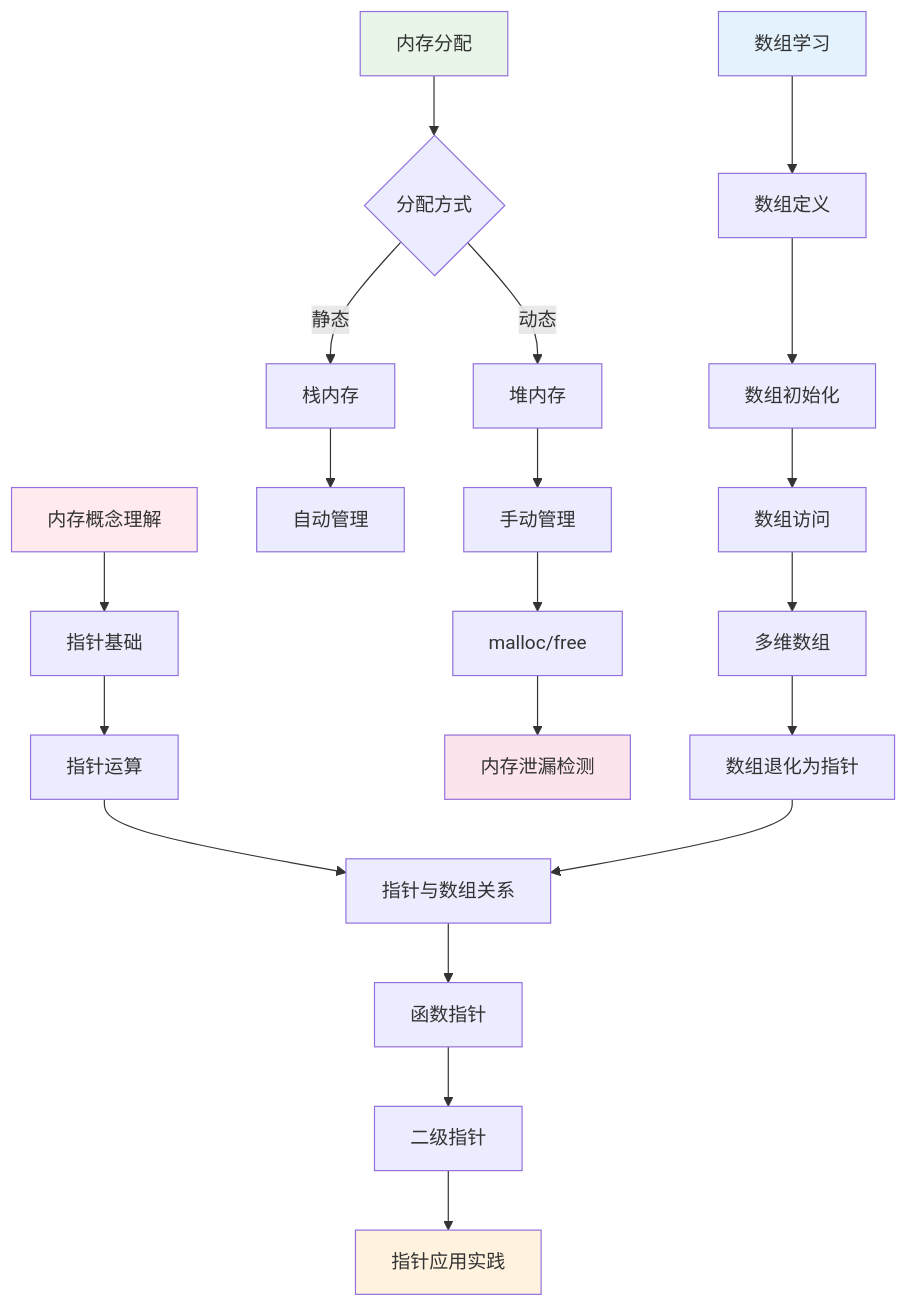
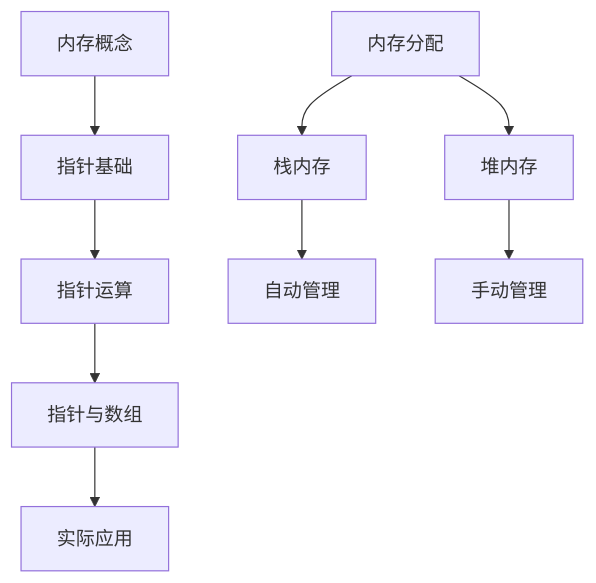
Before and after one commit to hulu798/C-Notes: the fourth of 15 diagrams in README.md, drawn with Mermaid. The commit also changed other lines of this file, not shown here.

````diff
--- a/README.md
+++ b/README.md
@@ -258,30 +216,12 @@
 ```mermaid
 flowchart TD
-    A[内存概念理解] --> B[指针基础]
+    A[内存概念] --> B[指针基础]
     B --> C[指针运算]
-    C --> D[指针与数组关系]
-    D --> E[函数指针]
-    E --> F[二级指针]
-    F --> G[指针应用实践]
+    C --> D[指针与数组]
+    D --> E[实际应用]
     
-    H[内存分配] --> I{分配方式}
-    I -->|静态| J[栈内存]
-    I -->|动态| K[堆内存]
-    J --> L[自动管理]
-    K --> M[手动管理]
-    M --> N[malloc/free]
-    N --> O[内存泄漏检测]
-    
-    P[数组学习] --> Q[数组定义]
-    Q --> R[数组初始化]
-    R --> S[数组访问]
-    S --> T[多维数组]
-    T --> U[数组退化为指针]
-    U --> D
-    
-    style A fill:#ffebee
-    style H fill:#e8f5e8
-    style P fill:#e3f2fd
-    style G fill:#fff3e0
-    style O fill:#fce4ec
+    F[内存分配] --> G[栈内存]
+    F --> H[堆内存]
+    G --> I[自动管理]
+    H --> J[手动管理]
 ```
````
